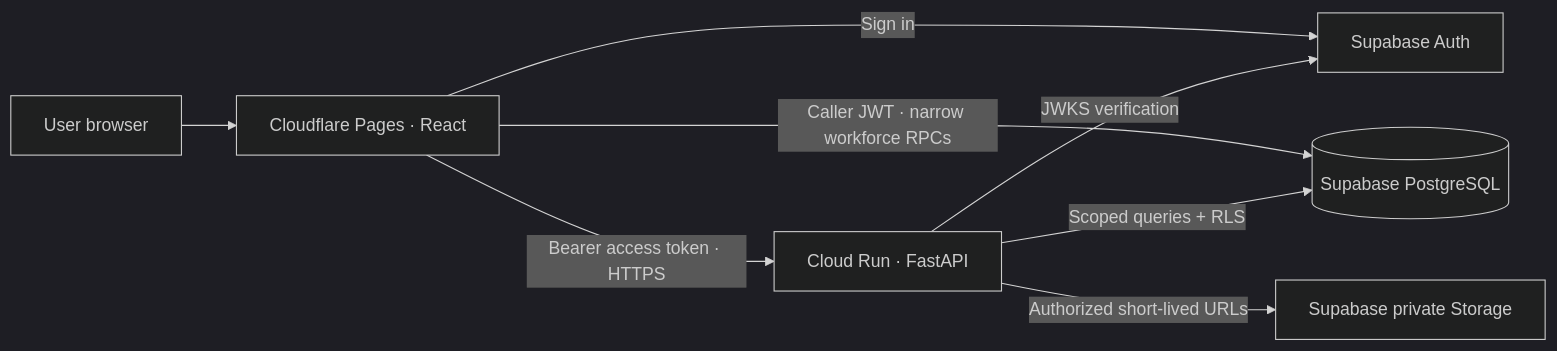
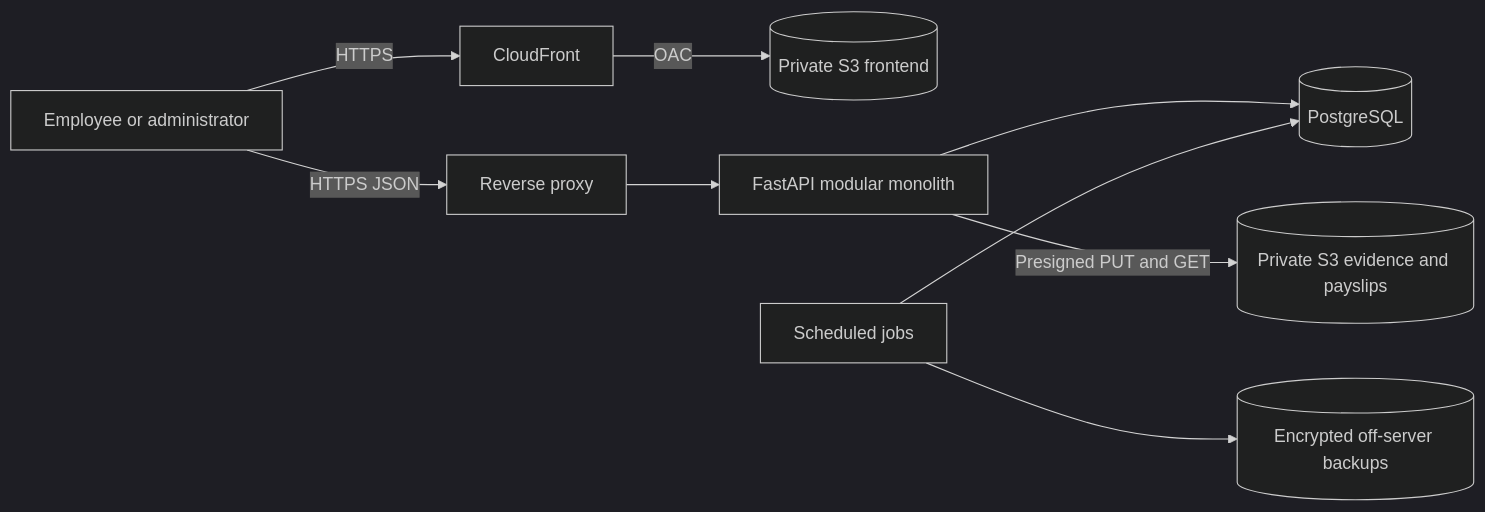
One commit to Marykamalaperli/SNR_website changed the diagram in docs/ARCHITECTURE.md. Above: the diagram before and after it, drawn with Mermaid (dark theme). The commit also changed other lines of this file and 69 other files, not shown here.

First line of the commit message:
Align SNR NEST with target AWS architecture (#1)

````diff
--- a/docs/ARCHITECTURE.md
+++ b/docs/ARCHITECTURE.md
@@ -30,10 +9,11 @@
 ```mermaid
 flowchart LR
-  Browser[User browser] --> Pages[Cloudflare Pages · React]
-  Pages -->|Bearer access token · HTTPS| API[Cloud Run · FastAPI]
-  Pages -->|Sign in| Auth[Supabase Auth]
-  Pages -->|Caller JWT · narrow workforce RPCs| DB
-  API -->|JWKS verification| Auth
-  API -->|Scoped queries + RLS| DB[(Supabase PostgreSQL)]
-  API -->|Authorized short-lived URLs| Storage[Supabase private Storage]
+  User[Employee or administrator] -->|HTTPS| CF[CloudFront]
+  CF -->|OAC| Web[(Private S3 frontend)]
+  User -->|HTTPS JSON| Proxy[Reverse proxy]
+  Proxy --> API[FastAPI modular monolith]
+  API --> DB[(PostgreSQL)]
+  API -->|Presigned PUT and GET| Evidence[(Private S3 evidence and payslips)]
+  Jobs[Scheduled jobs] --> DB
+  Jobs --> Backup[(Encrypted off-server backups)]
 ```
````
